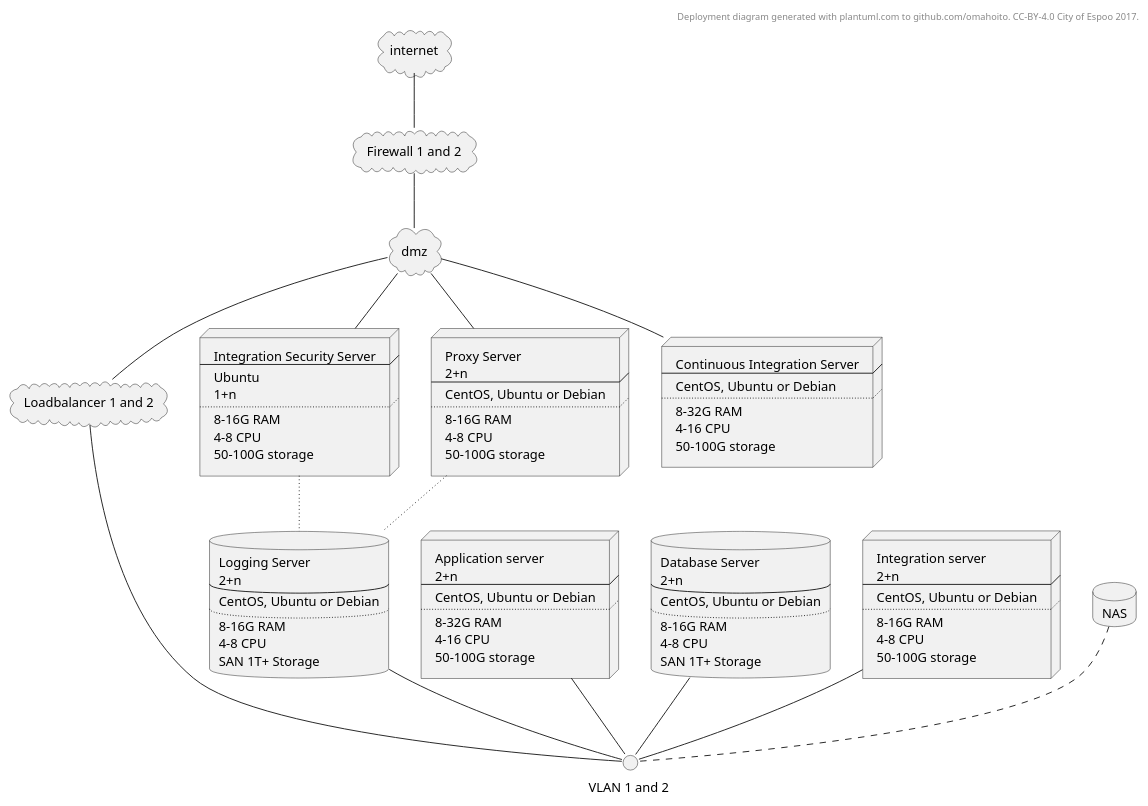
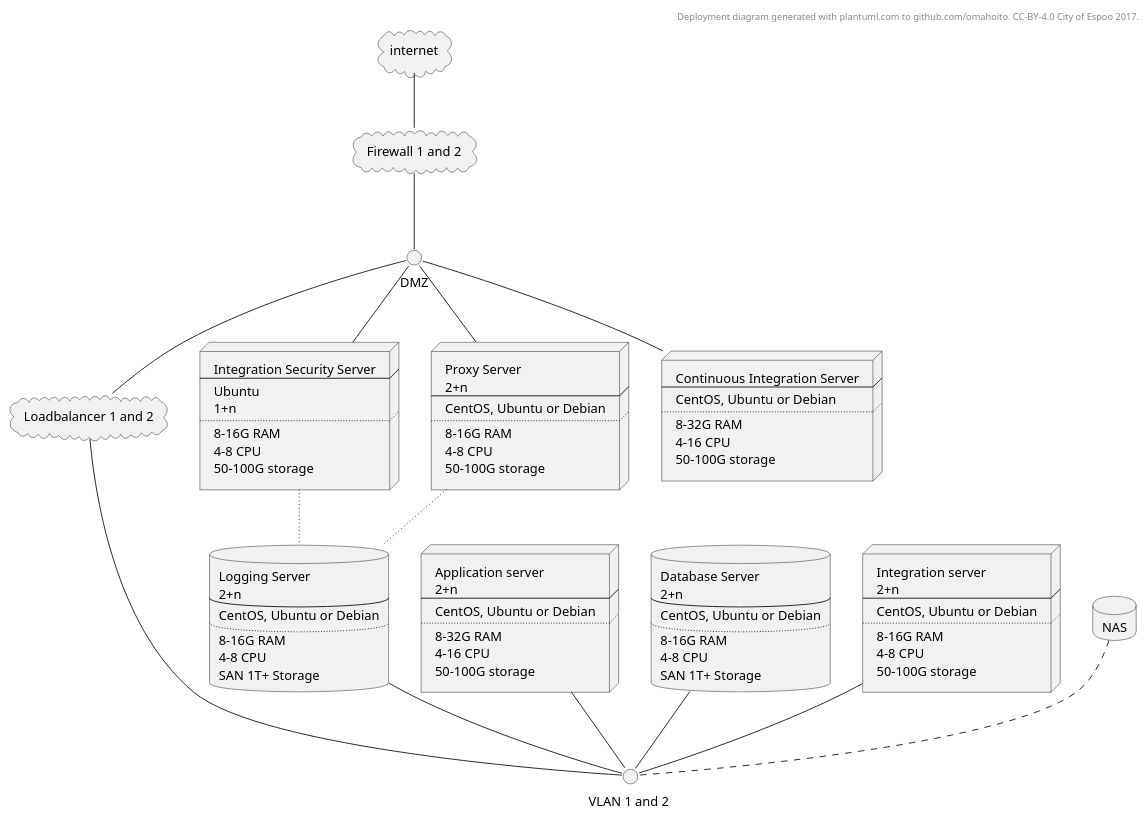
One commit to ruoat/definitions changed the diagram in deployment.MD. Above: the diagram before and after it, drawn with PlantUML.

```diff
--- a/deployment.MD
+++ b/deployment.MD
@@ -7,7 +7,7 @@
 cloud firewall [ 
 Firewall 1 and 2
 ]
-cloud dmz
+interface DMZ
 cloud loadbalancer1 [ 
 Loadbalancer 1 and 2
 ]
@@ -86,12 +86,12 @@
 database NAS
 
 internet -- firewall
-firewall -- dmz 
-dmz -- loadbalancer1 
+firewall -- DMZ 
+DMZ -- loadbalancer1 
 
-dmz -- nodeci
-dmz -- nodeproxy
-dmz -- nodeintegration1
+DMZ -- nodeci
+DMZ -- nodeproxy
+DMZ -- nodeintegration1
 nodeintegration1 ~~ logging1
 nodeproxy ~~ logging1
 
```
